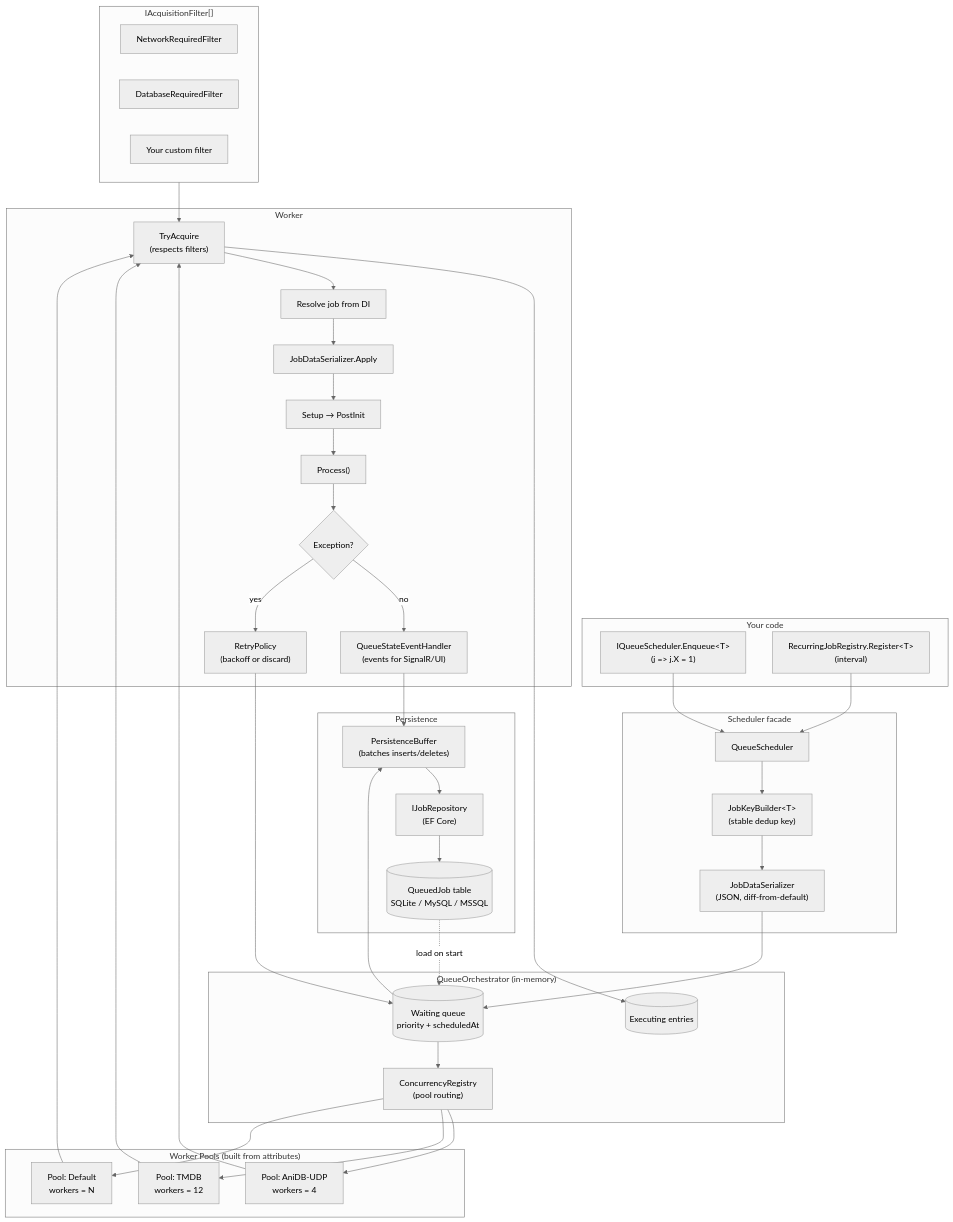
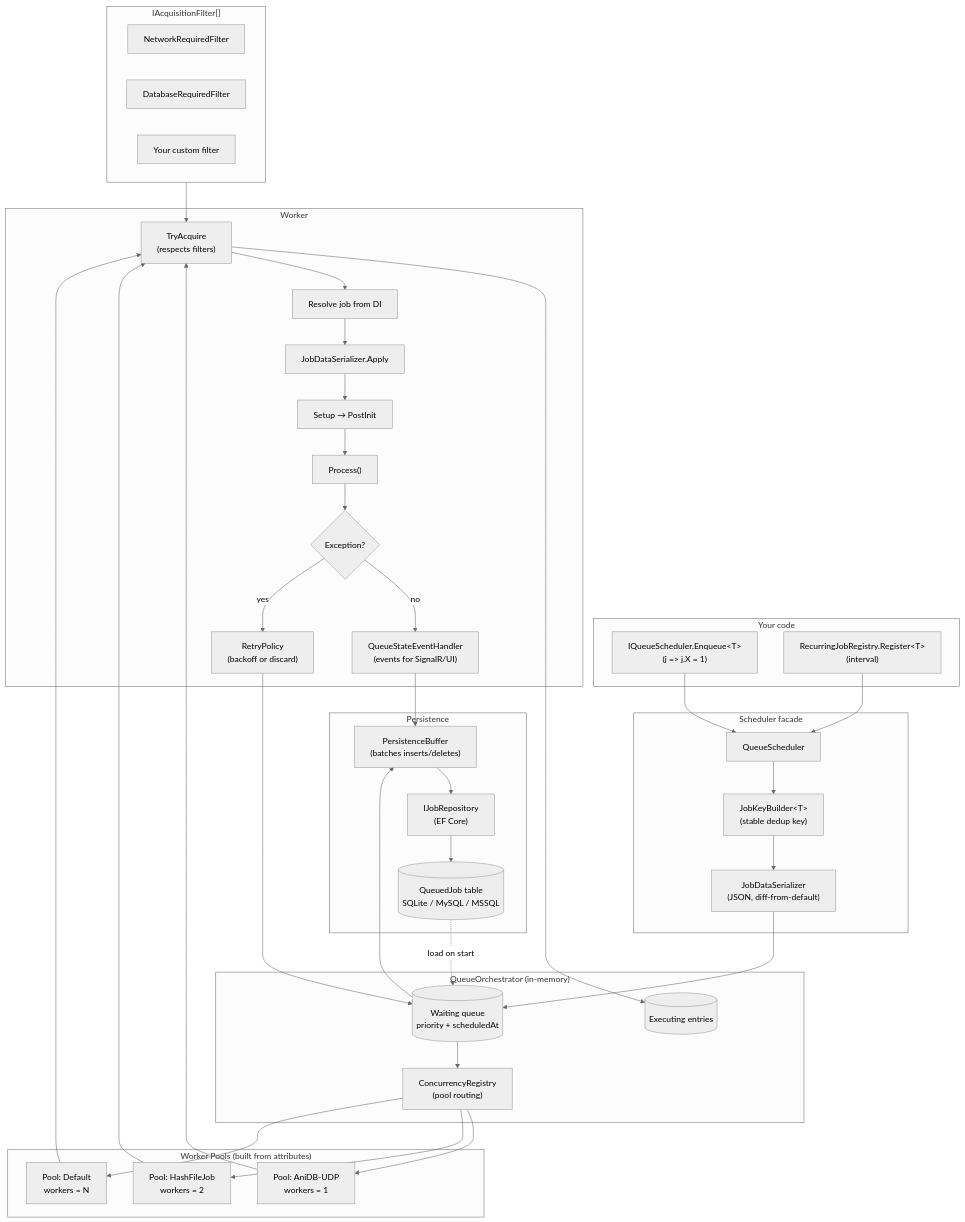
Before and after one commit to ShokoAnime/ShokoServer: the diagram in Shoko.QueueProcessor/README.md, drawn with Mermaid (neutral theme).

Commit message:
Improve messaging in readme for queue. [skipci]

````diff
--- a/Shoko.QueueProcessor/README.md
+++ b/Shoko.QueueProcessor/README.md
@@ -34,63 +34,63 @@
 ```mermaid
 flowchart TB
     subgraph Caller["Your code"]
         ENQ["IQueueScheduler.Enqueue&lt;T&gt;(j =&gt; j.X = 1)"]
         REC["RecurringJobRegistry.Register&lt;T&gt;(interval)"]
     end
 
     subgraph Scheduler["Scheduler facade"]
         QS["QueueScheduler"]
         KB["JobKeyBuilder&lt;T&gt;<br/>(stable dedup key)"]
         JDS["JobDataSerializer<br/>(JSON, diff-from-default)"]
     end
 
     subgraph Orchestrator["QueueOrchestrator (in-memory)"]
         WQ[(Waiting queue<br/>priority + scheduledAt)]
         CR["ConcurrencyRegistry<br/>(pool routing)"]
         EX[(Executing entries)]
     end
 
     subgraph Persist["Persistence"]
         PB["PersistenceBuffer<br/>(batches inserts/deletes)"]
         REPO["IJobRepository<br/>(EF Core)"]
         DB[(QueuedJob table<br/>SQLite / MySQL / MSSQL)]
     end
 
     subgraph Pools["Worker Pools (built from attributes)"]
-        P1["Pool: AniDB-UDP<br/>workers = 4"]
-        P2["Pool: TMDB<br/>workers = 12"]
+        P1["Pool: AniDB-UDP<br/>workers = 1"]
+        P2["Pool: HashFileJob<br/>workers = 2"]
         P3["Pool: Default<br/>workers = N"]
     end
 
     subgraph Filters["IAcquisitionFilter[]"]
         NF["NetworkRequiredFilter"]
         DF["DatabaseRequiredFilter"]
         XF["Your custom filter"]
     end
 
     subgraph Worker["Worker"]
         ACQ["TryAcquire<br/>(respects filters)"]
         DI["Resolve job from DI"]
         APP["JobDataSerializer.Apply"]
         SET["Setup → PostInit"]
         PROC["Process()"]
         RET{"Exception?"}
         RP["RetryPolicy<br/>(backoff or discard)"]
         EVT["QueueStateEventHandler<br/>(events for SignalR/UI)"]
     end
 
     ENQ --> QS
     REC --> QS
     QS --> KB --> JDS --> WQ
     WQ --> PB --> REPO --> DB
     DB -. load on start .-> WQ
 
     WQ --> CR --> P1 & P2 & P3
     Filters --> ACQ
     P1 & P2 & P3 --> ACQ
     ACQ --> EX
     ACQ --> DI --> APP --> SET --> PROC --> RET
     RET -- no --> EVT
     RET -- yes --> RP --> WQ
     EVT --> PB
 ```
````
